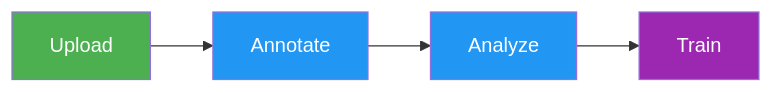
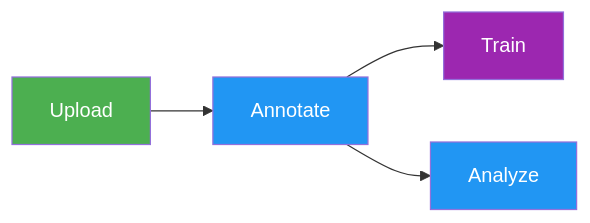
One commit to Rehman-AD/cv-yolov8-core changed the diagram in docs/en/platform/data/index.md. Above: the diagram before and after it, drawn with Mermaid. The commit also changed 6 other files, not shown here.

Commit message:
Align Platform workflow diagrams with the product (#25840)

````diff
--- a/docs/en/platform/data/index.md
+++ b/docs/en/platform/data/index.md
@@ -40,10 +40,10 @@
 ```mermaid
 graph LR
     A[Upload]:::start --> B[Annotate]:::proc
+    B --> D[Train]:::out
     B --> C[Analyze]:::proc
-    C --> D[Train]:::out
 
     classDef start fill:#4CAF50,color:#fff
     classDef proc fill:#2196F3,color:#fff
     classDef out fill:#9C27B0,color:#fff
 ```
````
